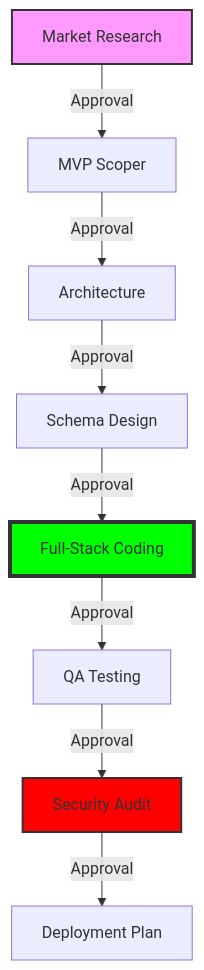
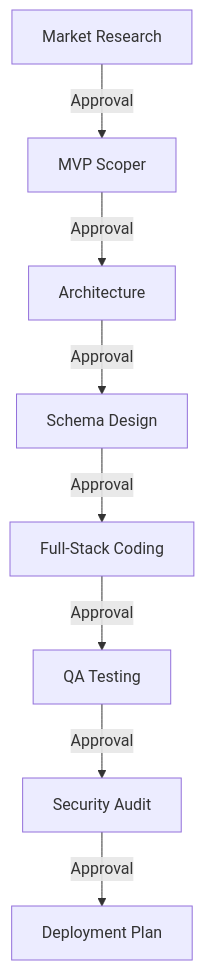
One commit to Aizaz-Noor/Agent-Startup-Skills changed the diagram in README.md. Above: the diagram before and after it, drawn with Mermaid. The commit also changed other lines of this file, not shown here.

````diff
--- a/README.md
+++ b/README.md
@@ -64,14 +64,11 @@
 ```mermaid
 graph TD
     A[Market Research] -->|Approval| B[MVP Scoper]
     B -->|Approval| C[Architecture]
     C -->|Approval| D[Schema Design]
     D -->|Approval| E[Full-Stack Coding]
     E -->|Approval| F[QA Testing]
     F -->|Approval| G[Security Audit]
     G -->|Approval| H[Deployment Plan]
     
-    style A fill:#f9f,stroke:#333,stroke-width:2px
-    style E fill:#00ff00,stroke:#333,stroke-width:4px
-    style G fill:#ff0000,stroke:#333,stroke-width:2px
 ```
````
